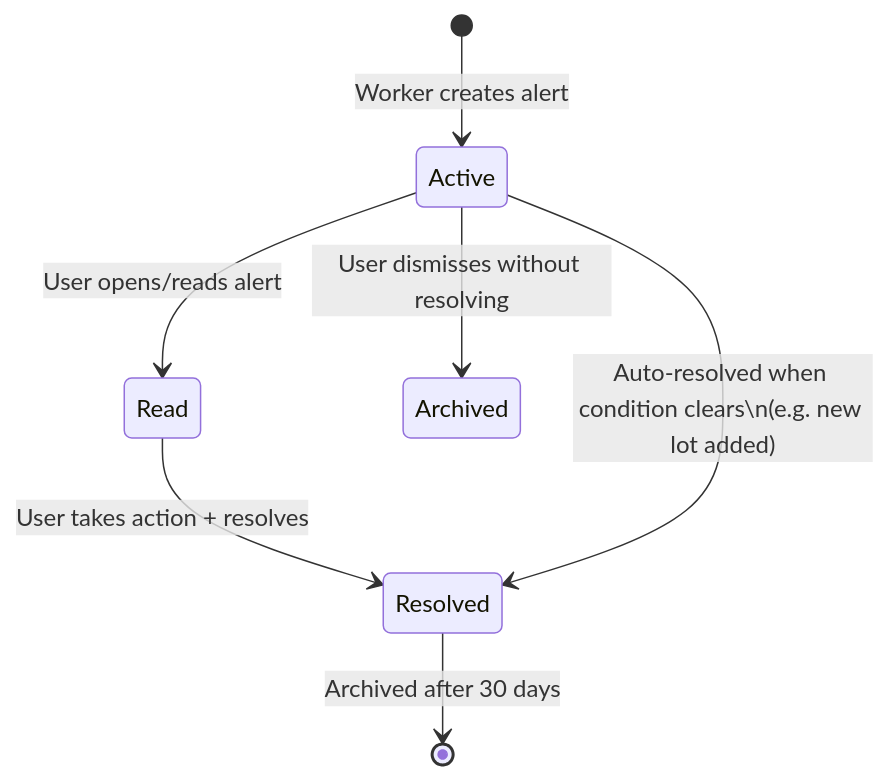
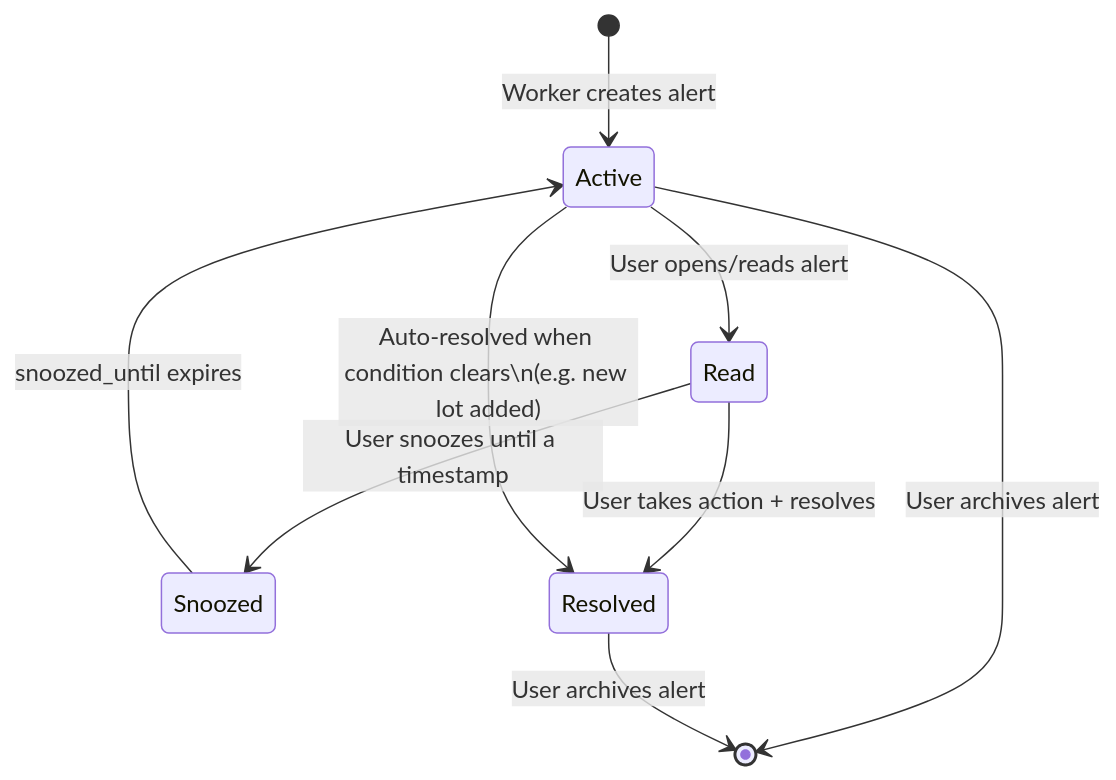
One commit to UncleJS/bePrepared changed the second of 2 diagrams in docs/07-alerting-and-prioritization.md. Above: the diagram before and after it, drawn with Mermaid. The commit also changed other lines of this file and 7 other files, not shown here.

Commit message:
Align docs with canonical alert schema and operations flow

````diff
--- a/docs/07-alerting-and-prioritization.md
+++ b/docs/07-alerting-and-prioritization.md
@@ -150,9 +154,11 @@
 ```mermaid
 stateDiagram-v2
   [*]        --> Active    : Worker creates alert
   Active     --> Read      : User opens/reads alert
+  Read       --> Snoozed   : User snoozes until a timestamp
+  Snoozed    --> Active    : snoozed_until expires
   Read       --> Resolved  : User takes action + resolves
   Active     --> Resolved  : Auto-resolved when condition clears\n(e.g. new lot added)
-  Resolved   --> [*]       : Archived after 30 days
-  Active     --> Archived  : User dismisses without resolving
+  Active     --> [*]       : User archives alert
+  Resolved   --> [*]       : User archives alert
 ```
````
